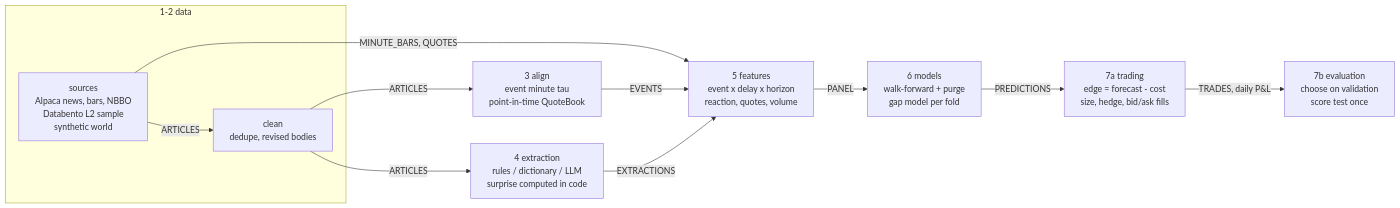
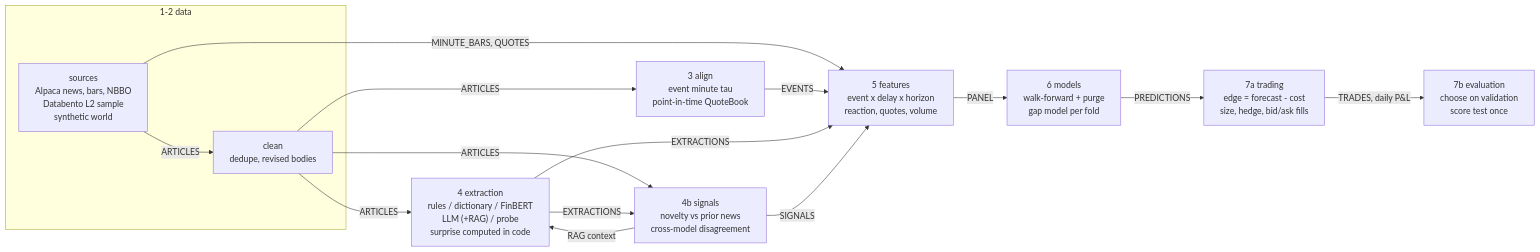
One commit to yewenyiywy/230P changed the diagram in README.md. Above: the diagram before and after it, drawn with Mermaid. The commit also changed other lines of this file and 31 other files, not shown here.

First line of the commit message:
Add FinBERT, time-safe RAG novelty, disagreement, logprob probe and LoRA distillation

````diff
--- a/README.md
+++ b/README.md
@@ -15,20 +15,25 @@
 ```mermaid
 flowchart LR
     subgraph S1["1-2 data"]
         SRC["sources<br/>Alpaca news, bars, NBBO<br/>Databento L2 sample<br/>synthetic world"]
         CLEAN["clean<br/>dedupe, revised bodies"]
     end
     ALIGN["3 align<br/>event minute tau<br/>point-in-time QuoteBook"]
-    EXTRACT["4 extraction<br/>rules / dictionary / LLM<br/>surprise computed in code"]
+    EXTRACT["4 extraction<br/>rules / dictionary / FinBERT<br/>LLM (+RAG) / probe<br/>surprise computed in code"]
+    SIGNALS["4b signals<br/>novelty vs prior news<br/>cross-model disagreement"]
     PANEL["5 features<br/>event x delay x horizon<br/>reaction, quotes, volume"]
     MODEL["6 models<br/>walk-forward + purge<br/>gap model per fold"]
     TRADE["7a trading<br/>edge = forecast - cost<br/>size, hedge, bid/ask fills"]
     EVAL["7b evaluation<br/>choose on validation<br/>score test once"]
 
     SRC -->|ARTICLES| CLEAN -->|ARTICLES| ALIGN
     SRC -->|MINUTE_BARS, QUOTES| PANEL
     CLEAN -->|ARTICLES| EXTRACT
+    CLEAN -->|ARTICLES| SIGNALS
+    SIGNALS -->|RAG context| EXTRACT
+    EXTRACT -->|EXTRACTIONS| SIGNALS
     ALIGN -->|EVENTS| PANEL
     EXTRACT -->|EXTRACTIONS| PANEL
+    SIGNALS -->|SIGNALS| PANEL
     PANEL -->|PANEL| MODEL -->|PREDICTIONS| TRADE -->|TRADES, daily P&L| EVAL
 ```
````
